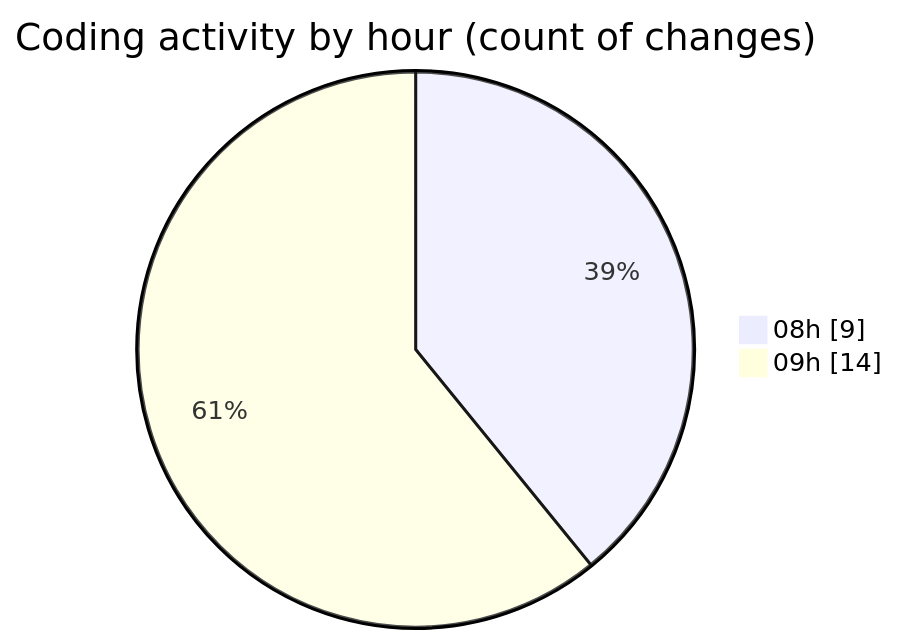
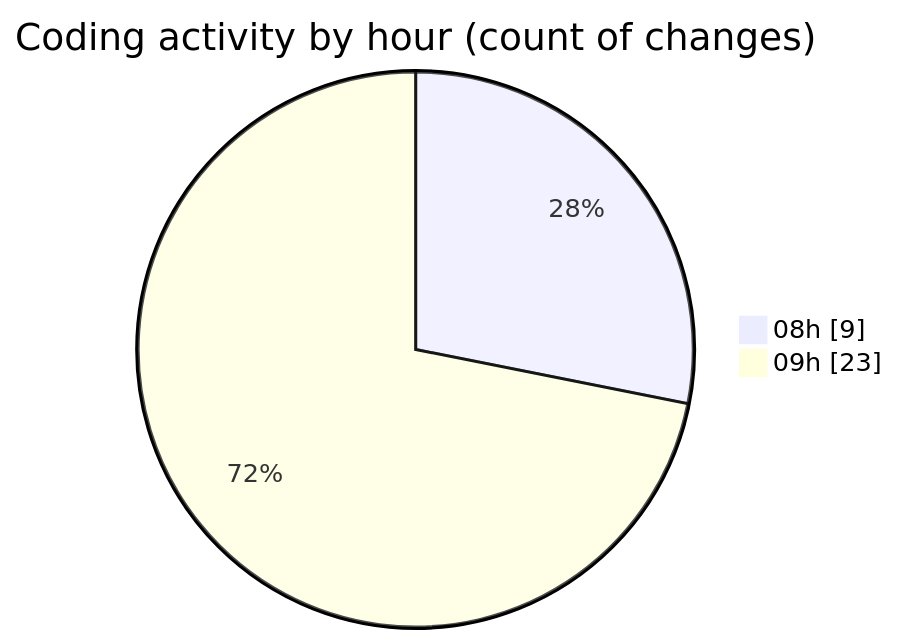
One commit to Elitesun/code-tracking changed the second of 2 diagrams in 2025-04-23/invest/README.md. Above: the diagram before and after it, drawn with Mermaid. The commit also changed other lines of this file and 1 other file, not shown here.

````diff
--- a/2025-04-23/invest/README.md
+++ b/2025-04-23/invest/README.md
@@ -42,6 +42,6 @@
 ```mermaid
 pie showData
 title Coding activity by hour (count of changes)
 "08h" : 9
-"09h" : 14
+"09h" : 23
 ```
````
